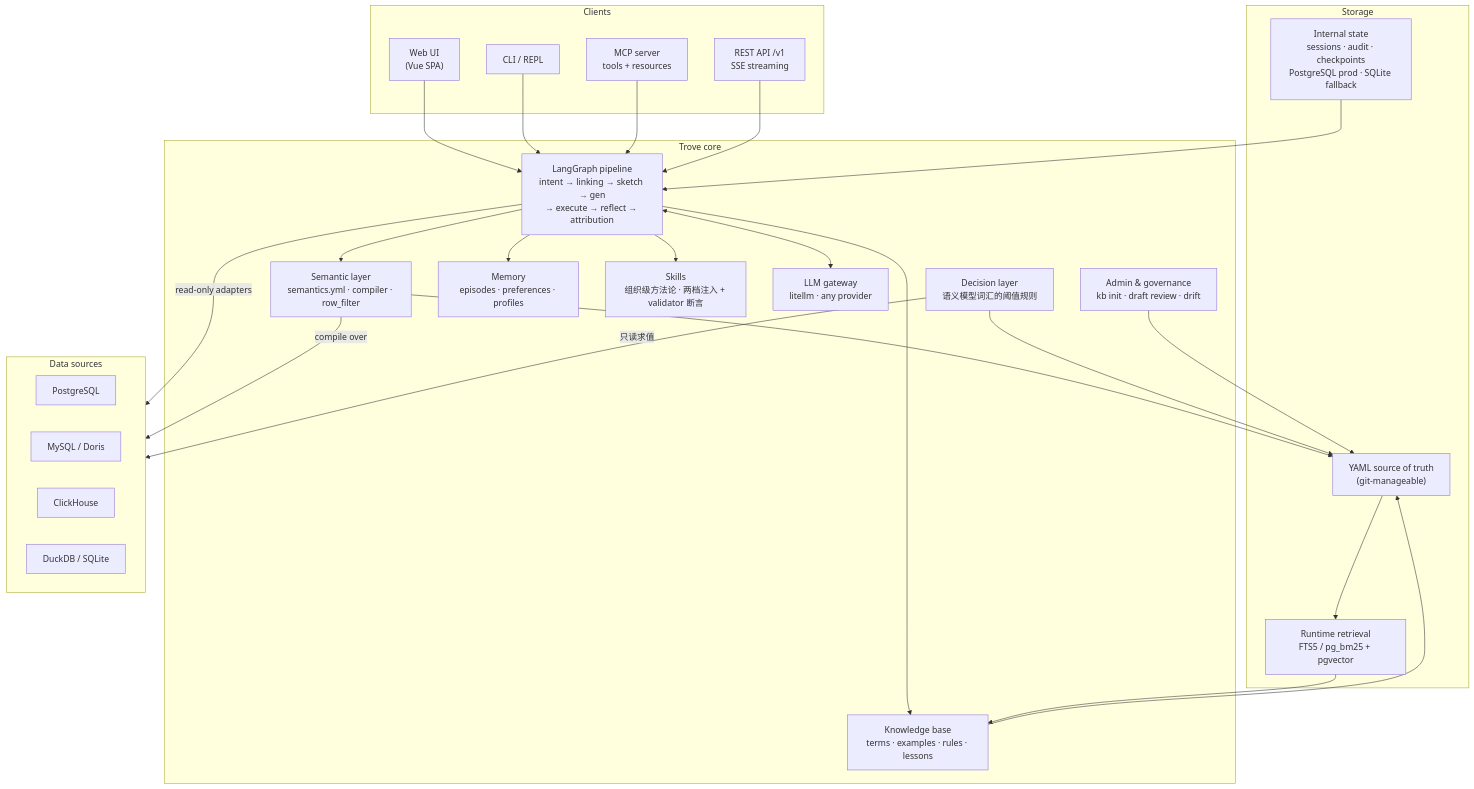
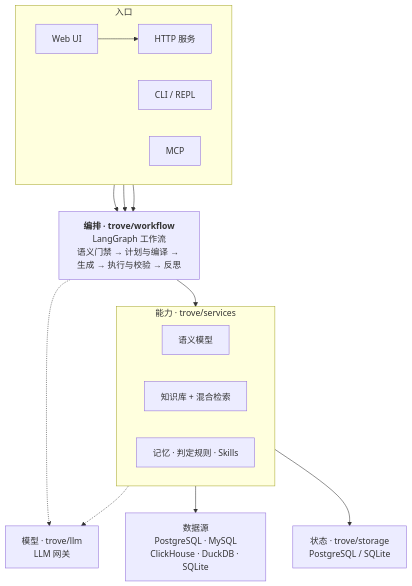
Before and after one commit to Nivane/trove: the diagram in README.md, drawn with Mermaid. The commit also changed other lines of this file and 1 other file, not shown here.

First line of the commit message:
docs(readme): 重构为推广导向，并加入全貌图

````diff
--- a/README.md
+++ b/README.md
@@ -74,47 +46,33 @@
 ```mermaid
 flowchart TB
-    subgraph clients["Clients"]
-        UI["Web UI<br/>(Vue SPA)"]
-        REPL["CLI / REPL"]
-        MCP["MCP server<br/>tools + resources"]
-        API["REST API /v1<br/>SSE streaming"]
+    subgraph entry["入口"]
+        direction LR
+        UI["Web UI"]
+        CLI["CLI / REPL"]
+        SRV["HTTP 服务"]
+        MCP["MCP"]
     end
 
-    subgraph core["Trove core"]
-        wf["LangGraph pipeline<br/>intent → linking → sketch → gen<br/>→ execute → reflect → attribution"]
-        semantic["Semantic layer<br/>semantics.yml · compiler · row_filter"]
-        kb["Knowledge base<br/>terms · examples · rules · lessons"]
-        decision["Decision layer<br/>语义模型词汇的阈值规则"]
-        memory["Memory<br/>episodes · preferences · profiles"]
-        skills["Skills<br/>组织级方法论 · 两档注入 + validator 断言"]
-        llm["LLM gateway<br/>litellm · any provider"]
-        admin["Admin & governance<br/>kb init · draft review · drift"]
+    WF["<b>编排 · trove/workflow</b><br/>LangGraph 工作流<br/>语义门禁 → 计划与编译 → 生成 → 执行与校验 → 反思"]
+
+    subgraph caps["能力 · trove/services"]
+        direction LR
+        SEM["语义模型"]
+        KB["知识库 + 混合检索"]
+        MEM["记忆 · 判定规则 · Skills"]
     end
 
-    subgraph store["Storage"]
-        yaml_src["YAML source of truth<br/>(git-manageable)"]
-        rt["Runtime retrieval<br/>FTS5 / pg_bm25 + pgvector"]
-        state_store["Internal state<br/>sessions · audit · checkpoints<br/>PostgreSQL prod · SQLite fallback"]
-    end
+    LLM["模型 · trove/llm<br/>LLM 网关"]
+    STATE["状态 · trove/storage<br/>PostgreSQL / SQLite"]
+    DS["数据源<br/>PostgreSQL · MySQL<br/>ClickHouse · DuckDB · SQLite"]
 
-    subgraph sources["Data sources"]
-        src_pg["PostgreSQL"]
-        src_my["MySQL / Doris"]
-        src_ch["ClickHouse"]
-        src_dk["DuckDB / SQLite"]
-    end
-
-    UI & REPL & MCP & API --> wf
-    wf <--> llm
-    wf --> semantic & kb & memory & skills
-    semantic --> yaml_src
-    kb --> yaml_src
-    decision --> yaml_src
-    yaml_src --> rt
-    rt --> kb
-    wf -->|"read-only adapters"| sources
-    semantic -->|"compile over"| sources
-    decision -->|"只读求值"| sources
-    admin --> yaml_src
-    state_store --> wf
+    UI --> SRV
+    SRV --> WF
+    CLI --> WF
+    MCP --> WF
+    WF --> caps
+    KB --> DS
+    MEM --> STATE
+    WF -.-> LLM
+    MEM -.-> LLM
 ```
````
